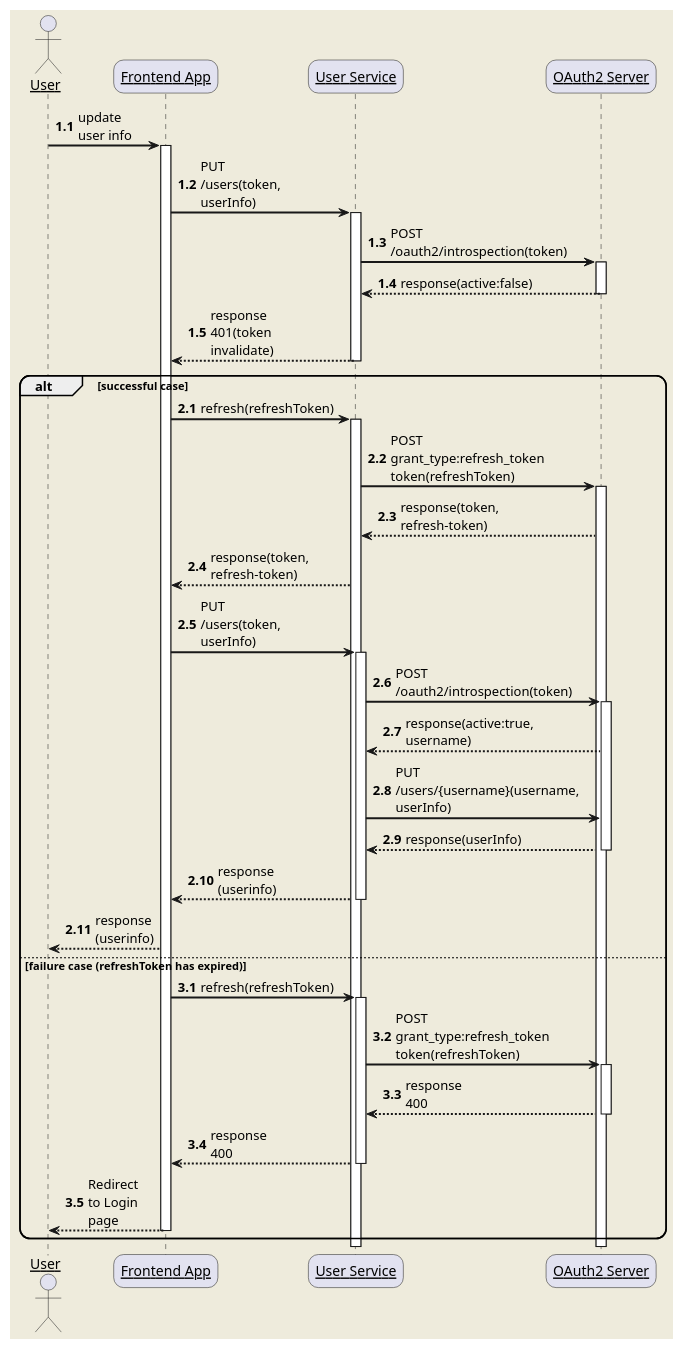
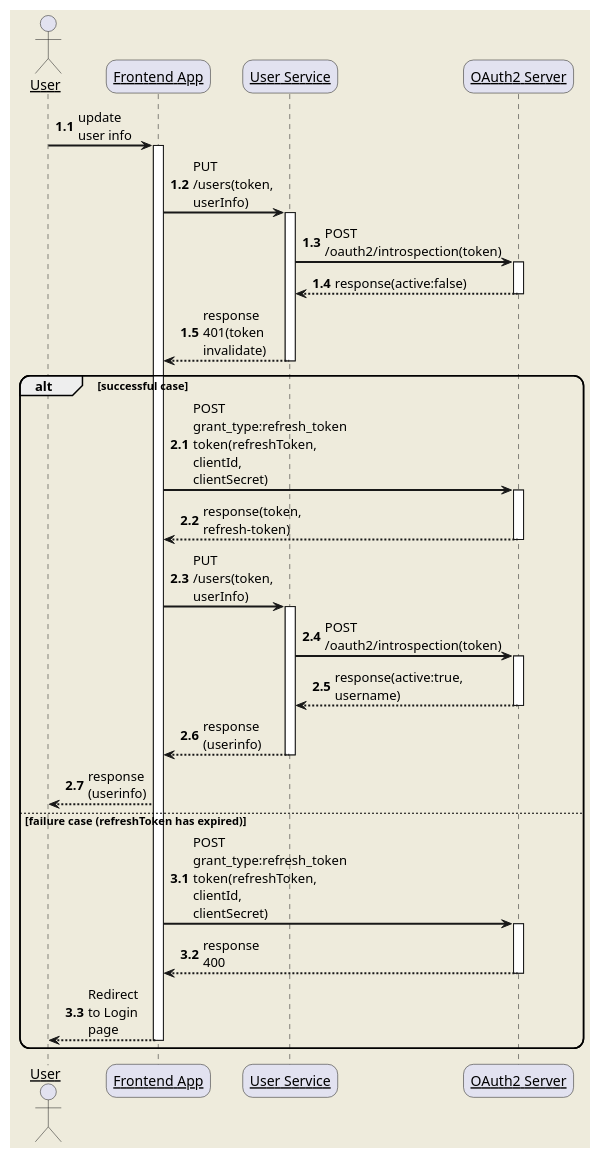
One commit to Hannibal0416/modern-renting-service changed the diagram in doc/sequence/user-update-token-timeout.puml. Above: the diagram before and after it, drawn with PlantUML. The commit also changed 17 other files, not shown here.

```diff
--- a/doc/sequence/user-update-token-timeout.puml
+++ b/doc/sequence/user-update-token-timeout.puml
@@ -1,71 +1,60 @@
 @startuml
 skinparam backgroundColor #EEEBDC
 skinparam handwritten false
 skinparam sequenceArrowThickness 2
 skinparam roundcorner 20
 skinparam maxmessagesize 60
 skinparam sequenceParticipant underline
 
 actor User
 participant "Frontend App" as Frontend
 participant "User Service" as UserService
 participant "OAuth2 Server" as OAuth
 
 autonumber 1.1
 User -> Frontend: update user info
 activate Frontend
 
 Frontend -> UserService: PUT /users(token, userInfo)
 activate UserService
 
 UserService -> OAuth: POST /oauth2/introspection(token)
 activate OAuth
 OAuth --> UserService: response(active:false)
 deactivate OAuth
 
 UserService --> Frontend: response 401(token invalidate)
 deactivate UserService
 alt successful case
   autonumber inc A
-  Frontend -> UserService: refresh(refreshToken)
-  activate UserService
-
-  UserService -> OAuth: POST grant_type:refresh_token token(refreshToken)
+  Frontend -> OAuth:POST grant_type:refresh_token token(refreshToken, clientId, clientSecret)
   activate OAuth
 
 
-  OAuth --> UserService: response(token, refresh-token)
-
-  UserService --> Frontend: response(token, refresh-token)
+  OAuth --> Frontend: response(token, refresh-token)
+  deactivate OAuth
 
   Frontend -> UserService: PUT /users(token, userInfo)
   activate UserService
   UserService -> OAuth: POST /oauth2/introspection(token)
   activate OAuth
   OAuth --> UserService: response(active:true, username)
 
-  UserService -> OAuth: PUT /users/{username}(username, userInfo)
 
-  OAuth --> UserService: response(userInfo)
   deactivate OAuth
   UserService --> Frontend: response (userinfo)
   deactivate UserService
   Frontend --> User: response (userinfo)
 
 else failure case (refreshToken has expired)
   autonumber inc A
-  Frontend -> UserService: refresh(refreshToken)
-  activate UserService
+  Frontend -> OAuth:POST grant_type:refresh_token token(refreshToken, clientId, clientSecret)
+  activate OAuth
 
-  UserService -> OAuth: POST grant_type:refresh_token token(refreshToken)
-  activate OAuth
-  OAuth --> UserService: response 400
+  OAuth --> Frontend: response 400
   deactivate OAuth
-
-  UserService --> Frontend: response 400
-  deactivate UserService
 
   Frontend --> User: Redirect to Login page
   deactivate Frontend
 end
 @enduml
```
